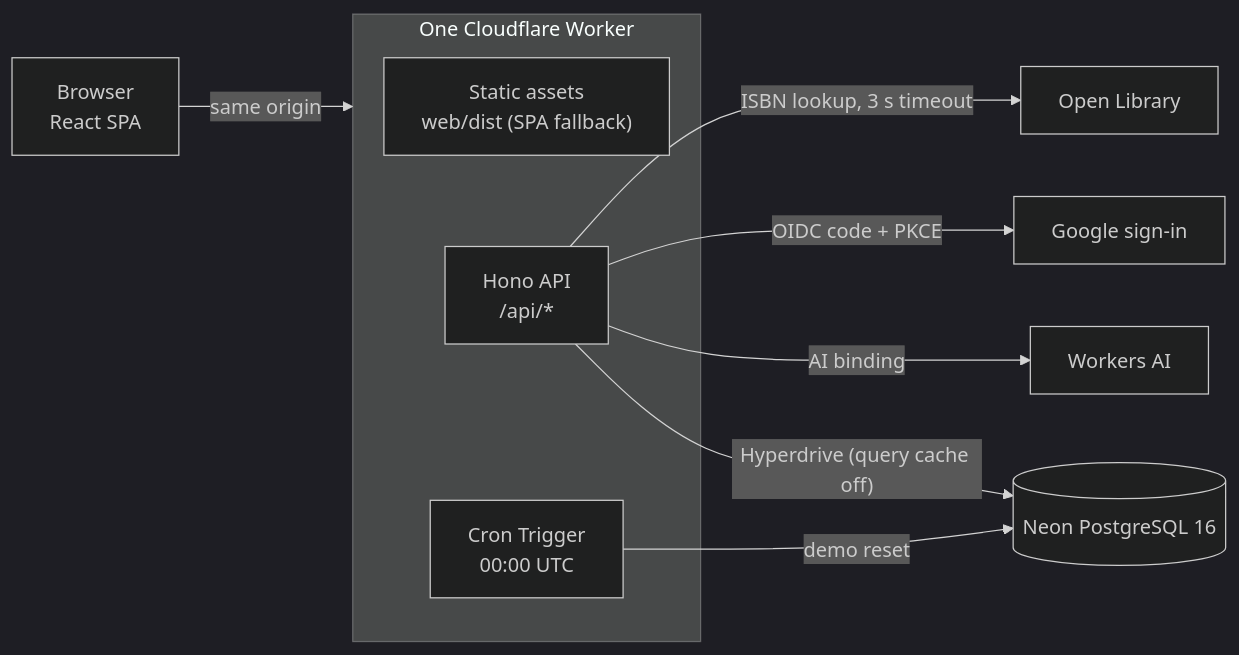
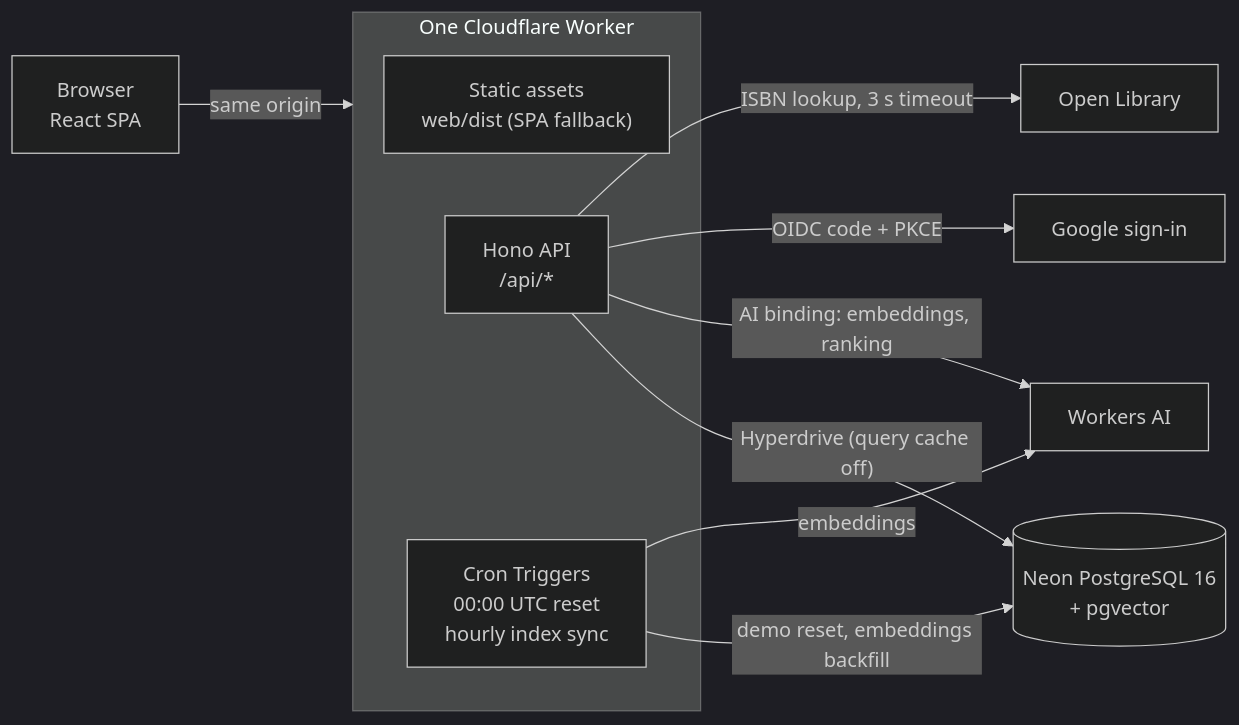
Before and after one commit to ahmedoraby-eng/smart-library-management-system: the diagram in docs/architecture.md, drawn with Mermaid (dark theme). The commit also changed other lines of this file and 3 other files, not shown here.

First line of the commit message:
SLM-11: README and architecture docs current with main (hybrid retrieval, AI cost tiers, auto-deploy, CI gates, decision register)

````diff
--- a/docs/architecture.md
+++ b/docs/architecture.md
@@ -7,14 +7,15 @@
 ```mermaid
 flowchart LR
   B["Browser<br/>React SPA"] -->|"same origin"| W
   subgraph W["One Cloudflare Worker"]
     A["Static assets<br/>web/dist (SPA fallback)"]
     H["Hono API<br/>/api/*"]
-    C["Cron Trigger<br/>00:00 UTC"]
+    C["Cron Triggers<br/>00:00 UTC reset<br/>hourly index sync"]
   end
-  H -->|"Hyperdrive (query cache off)"| N[("Neon PostgreSQL 16")]
-  C -->|"demo reset"| N
-  H -->|"AI binding"| AI["Workers AI"]
+  H -->|"Hyperdrive (query cache off)"| N[("Neon PostgreSQL 16<br/>+ pgvector")]
+  C -->|"demo reset, embeddings backfill"| N
+  H -->|"AI binding: embeddings, ranking"| AI["Workers AI"]
+  C -->|"embeddings"| AI
   H -->|"OIDC code + PKCE"| G["Google sign-in"]
   H -->|"ISBN lookup, 3 s timeout"| OL["Open Library"]
 ```
````
